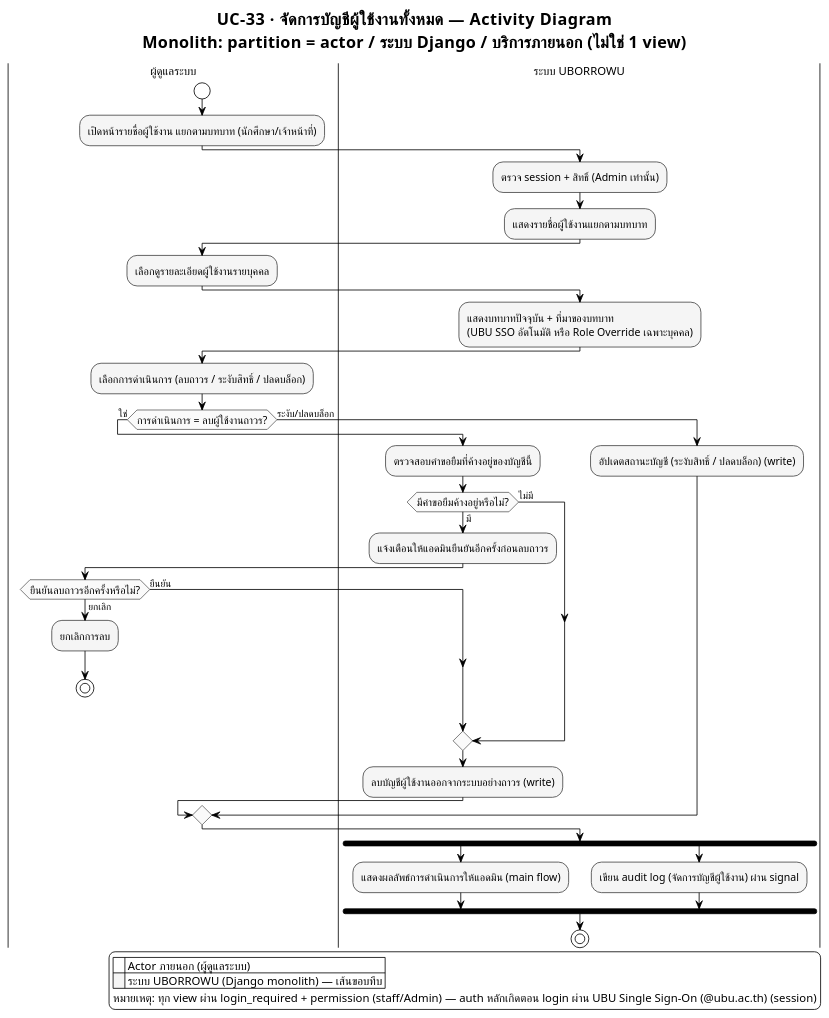
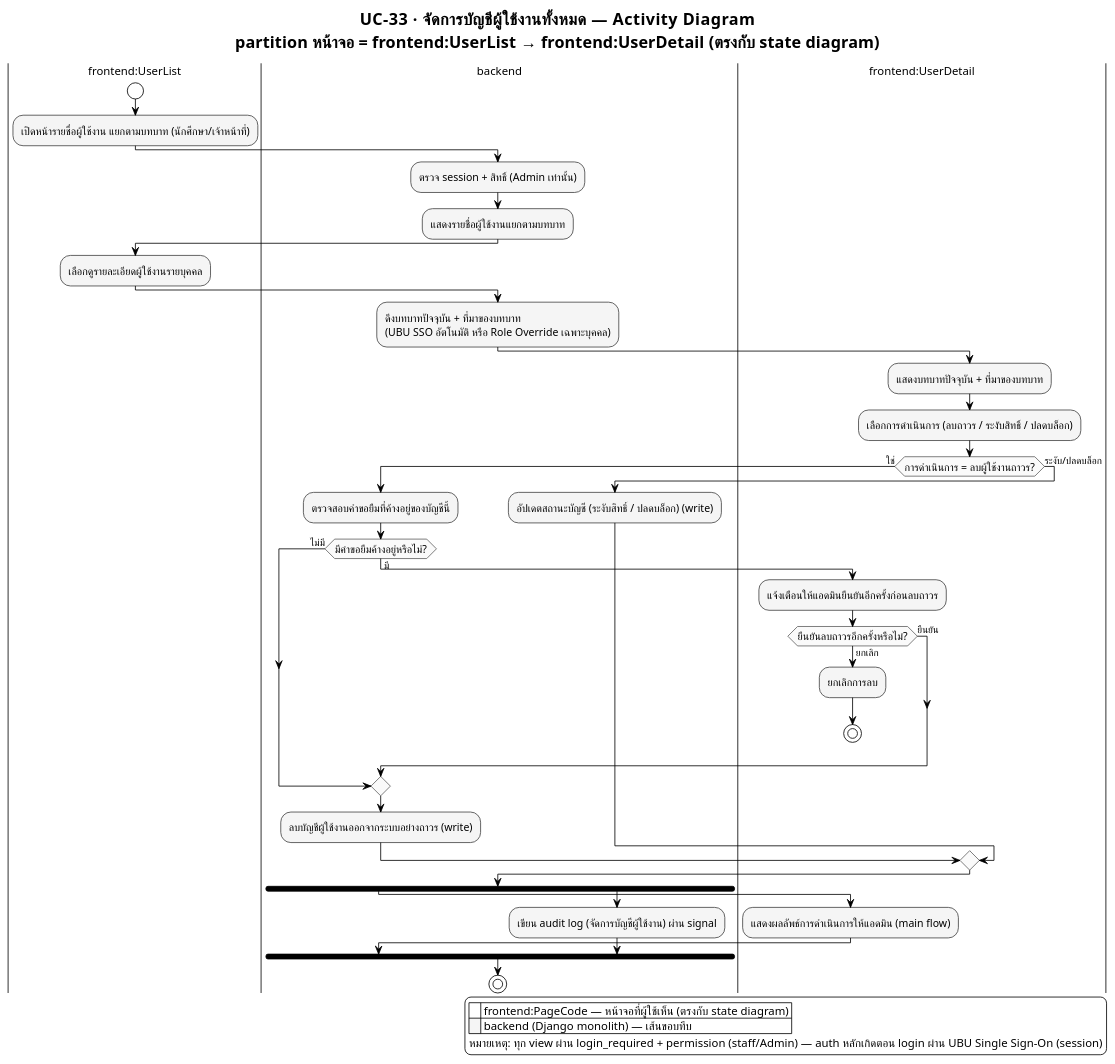
The diagram in proposal/usecase/activity_module10_uc33.puml (patlnwza-007/project-2569), drawn with PlantUML before and after one commit. The commit also changed 46 other files, not shown here.

First line of the commit message:
Rework UI state/activity diagrams onto frontend:PageCode/backend convention

```diff
--- a/proposal/usecase/activity_module10_uc33.puml
+++ b/proposal/usecase/activity_module10_uc33.puml
@@ -1,91 +1,95 @@
 @startuml activity_module10_uc33
 ' ══════════════════════════════════════════════════════════════════
 ' รองรับภาษาไทย — อ่านก่อน render:
 ' 1. บันทึกไฟล์นี้เป็น UTF-8 (ไม่ต้องมี BOM) เสมอ
 ' 2. ถ้า render ผ่าน CLI (plantuml.jar) ต้องระบุ flag encoding ด้วย:
 '      java -Dfile.encoding=UTF-8 -jar plantuml.jar -charset UTF-8 activity_admin_panel_uc33_manage_user_accounts.puml
 ' 3. บังคับใช้ Smetana (pure-Java layout engine) แทน Graphviz/dot
 '    เพราะ Graphviz บางระบบ (โดยเฉพาะ Windows) อ่าน UTF-8 ไม่ตรง ทำให้ตัวอักษรไทยเพี้ยน/หาย
 !pragma layout smetana
 ' 4. ฟอนต์ที่มีสระ/วรรณยุกต์ไทยครบและ render ผ่าน Java ได้เสถียร
 '    - Windows: "TH Sarabun New" (ฟอนต์มาตรฐานราชการ) หรือ "Tahoma" (มากับเครื่องอยู่แล้ว)
 '    - Linux / PlantUML online server: เปลี่ยนเป็น "Noto Sans Thai" หรือ "Loma"
 skinparam defaultFontName "TH Sarabun New"
 skinparam defaultFontSize 14
 ' ══════════════════════════════════════════════════════════════════
 
 !theme plain
 skinparam titleFontName "TH Sarabun New"
 skinparam titleFontSize 20
 skinparam noteFontName "TH Sarabun New"
 skinparam ArrowFontName "TH Sarabun New"
 skinparam ArrowFontSize 12
 skinparam swimlaneTitleFontName "TH Sarabun New"
 skinparam swimlaneTitleFontSize 14
 
 ' ===== Monochrome เท่านั้น — ห้ามให้แต่ละ partition มีสีต่างกัน =====
 skinparam activity {
   BackgroundColor #F5F5F5
   BorderColor #424242
   FontName "TH Sarabun New"
   FontSize 13
   DiamondBackgroundColor #FAFAFA
   DiamondBorderColor #616161
 }
 
-title UC-33 · จัดการบัญชีผู้ใช้งานทั้งหมด — Activity Diagram\nMonolith: partition = actor / ระบบ Django / บริการภายนอก (ไม่ใช่ 1 view)
+title UC-33 · จัดการบัญชีผู้ใช้งานทั้งหมด — Activity Diagram\npartition หน้าจอ = frontend:UserList → frontend:UserDetail (ตรงกับ state diagram)
 
-' ===== Actor ภายนอก (human) ที่ริเริ่มกระบวนการ =====
-' หมายเหตุ: สมมติว่าแอดมิน login แล้ว (session) — ไม่ต้องวาด OAuth ซ้ำใน flow นี้
-|ผู้ดูแลระบบ|
+' หมายเหตุ: สมมติว่าแอดมิน login แล้ว (session) — ไม่ต้องวาด OAuth/SSO ซ้ำใน flow นี้
+|frontend:UserList|
 start
 :เปิดหน้ารายชื่อผู้ใช้งาน แยกตามบทบาท (นักศึกษา/เจ้าหน้าที่);
 
-|ระบบ UBORROWU|
+|backend|
 :ตรวจ session + สิทธิ์ (Admin เท่านั้น);
 :แสดงรายชื่อผู้ใช้งานแยกตามบทบาท;
 
-|ผู้ดูแลระบบ|
+|frontend:UserList|
 :เลือกดูรายละเอียดผู้ใช้งานรายบุคคล;
 
-|ระบบ UBORROWU|
-:แสดงบทบาทปัจจุบัน + ที่มาของบทบาท\n(UBU SSO อัตโนมัติ หรือ Role Override เฉพาะบุคคล);
+|backend|
+:ดึงบทบาทปัจจุบัน + ที่มาของบทบาท\n(UBU SSO อัตโนมัติ หรือ Role Override เฉพาะบุคคล);
 
-|ผู้ดูแลระบบ|
+|frontend:UserDetail|
+:แสดงบทบาทปัจจุบัน + ที่มาของบทบาท;
+
+|frontend:UserDetail|
 :เลือกการดำเนินการ (ลบถาวร / ระงับสิทธิ์ / ปลดบล็อก);
 
 if (การดำเนินการ = ลบผู้ใช้งานถาวร?) then (ใช่)
-  |ระบบ UBORROWU|
+  |backend|
   :ตรวจสอบคำขอยืมที่ค้างอยู่ของบัญชีนี้;
   if (มีคำขอยืมค้างอยู่หรือไม่?) then (มี)
+    |frontend:UserDetail|
     :แจ้งเตือนให้แอดมินยืนยันอีกครั้งก่อนลบถาวร;
-    |ผู้ดูแลระบบ|
     if (ยืนยันลบถาวรอีกครั้งหรือไม่?) then (ยกเลิก)
       :ยกเลิกการลบ;
       stop
     else (ยืนยัน)
     endif
   else (ไม่มี)
   endif
-  |ระบบ UBORROWU|
+  |backend|
   :ลบบัญชีผู้ใช้งานออกจากระบบอย่างถาวร (write);
 else (ระงับ/ปลดบล็อก)
-  |ระบบ UBORROWU|
+  |backend|
   :อัปเดตสถานะบัญชี (ระงับสิทธิ์ / ปลดบล็อก) (write);
 endif
 
 fork
+  |frontend:UserDetail|
   :แสดงผลลัพธ์การดำเนินการให้แอดมิน (main flow);
 fork again
+  |backend|
   :เขียน audit log (จัดการบัญชีผู้ใช้งาน) ผ่าน signal;
 end fork
 
 stop
 
 legend right
-  |<back:white>    </back>| Actor ภายนอก (ผู้ดูแลระบบ) |
-  |<back:#F5F5F5>    </back>| ระบบ UBORROWU (Django monolith) — เส้นขอบทึบ |
-  หมายเหตุ: ทุก view ผ่าน login_required + permission (staff/Admin) — auth หลักเกิดตอน login ผ่าน UBU Single Sign-On (@ubu.ac.th) (session)
+  |<back:white>    </back>| frontend:PageCode — หน้าจอที่ผู้ใช้เห็น (ตรงกับ state diagram) |
+  |<back:#F5F5F5>    </back>| backend (Django monolith) — เส้นขอบทึบ |
+  หมายเหตุ: ทุก view ผ่าน login_required + permission (staff/Admin) — auth หลักเกิดตอน login ผ่าน UBU Single Sign-On (session)
 endlegend
 
 @enduml
```
